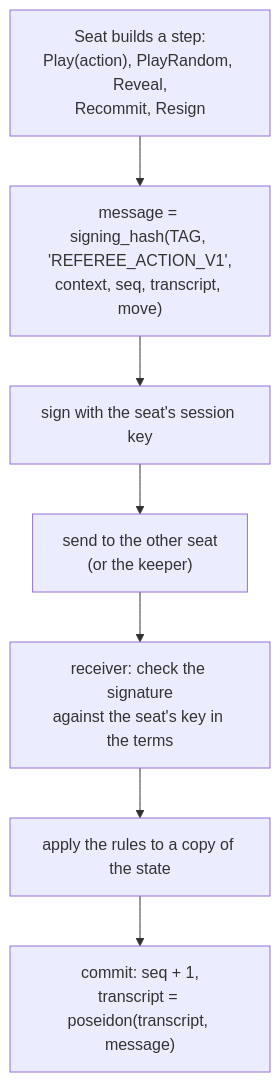
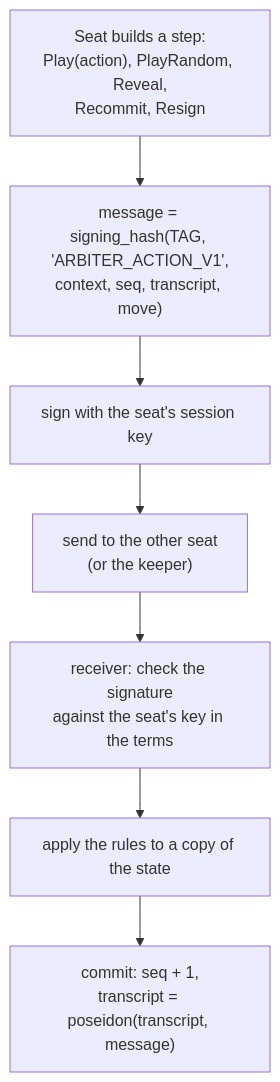
One commit to broody/arbiter changed the fourth of 4 diagrams in docs/src/pages/how-it-works.mdx. Above: the diagram before and after it, drawn with Mermaid. The commit also changed 33 other files, not shown here.

First line of the commit message:
docs: rename the library to arbiter; referee is the role

````diff
--- a/docs/src/pages/how-it-works.mdx
+++ b/docs/src/pages/how-it-works.mdx
@@ -163,9 +163,9 @@
 ```mermaid
 flowchart TD
-  S["Seat builds a step:<br/>Play(action), PlayRandom, Reveal,<br/>Recommit, Resign"] --> M["message = signing_hash(TAG, 'REFEREE_ACTION_V1',<br/>context, seq, transcript, move)"]
+  S["Seat builds a step:<br/>Play(action), PlayRandom, Reveal,<br/>Recommit, Resign"] --> M["message = signing_hash(TAG, 'ARBITER_ACTION_V1',<br/>context, seq, transcript, move)"]
   M --> G["sign with the seat's session key"]
   G --> T["send to the other seat<br/>(or the keeper)"]
   T --> V["receiver: check the signature<br/>against the seat's key in the terms"]
   V --> R["apply the rules to a copy of the state"]
   R --> C["commit: seq + 1,<br/>transcript = poseidon(transcript, message)"]
 ```
````
